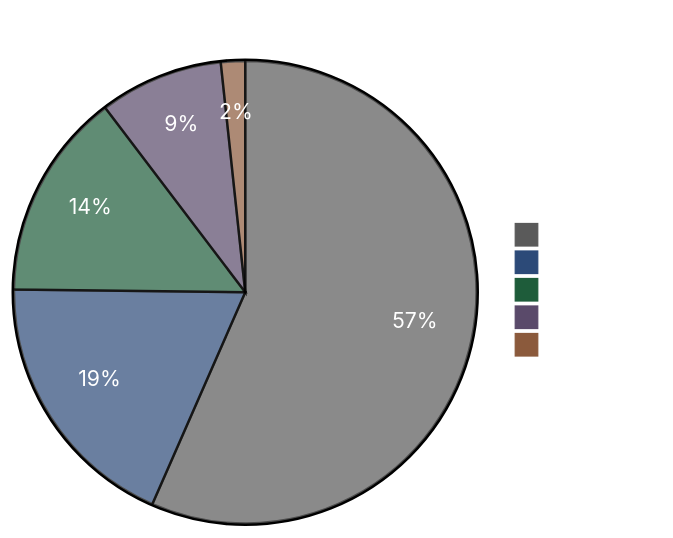
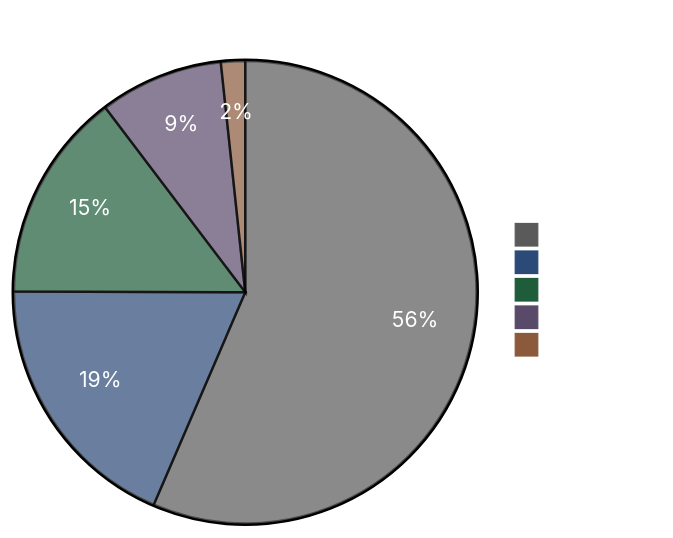
Before and after one commit to ccmeteorljh/reco-arxiv-daily: the diagram in README.md, drawn with Mermaid. The commit also changed other lines of this file and 7 other files, not shown here.

````diff
--- a/README.md
+++ b/README.md
@@ -6,19 +6,19 @@
 ```mermaid
 %%{init: {'theme':'base', 'themeVariables': {
   'pie1':'#5a5a5a',
   'pie2':'#2c4a78',
   'pie3':'#1e5c3a',
   'pie4':'#5a4a6a',
   'pie5':'#8b5a3c',
   'pieTitleTextColor':'#ffffff',
   'pieSectionTextColor':'#ffffff',
   'pieLegendTextColor':'#ffffff'
 }}}%%
 pie showData
 title Paper Distribution by Tag
   "Other" : 602
   "LLM" : 198
-  "GR" : 154
+  "GR" : 156
   "Seq" : 92
   "Scaling" : 18
 ```
````
